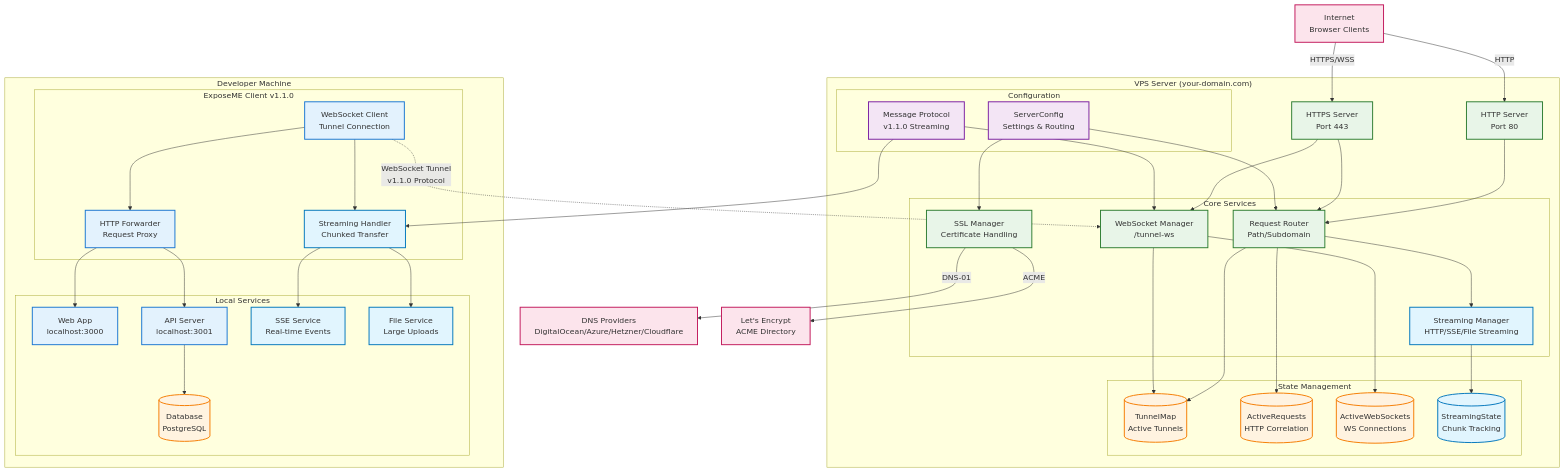
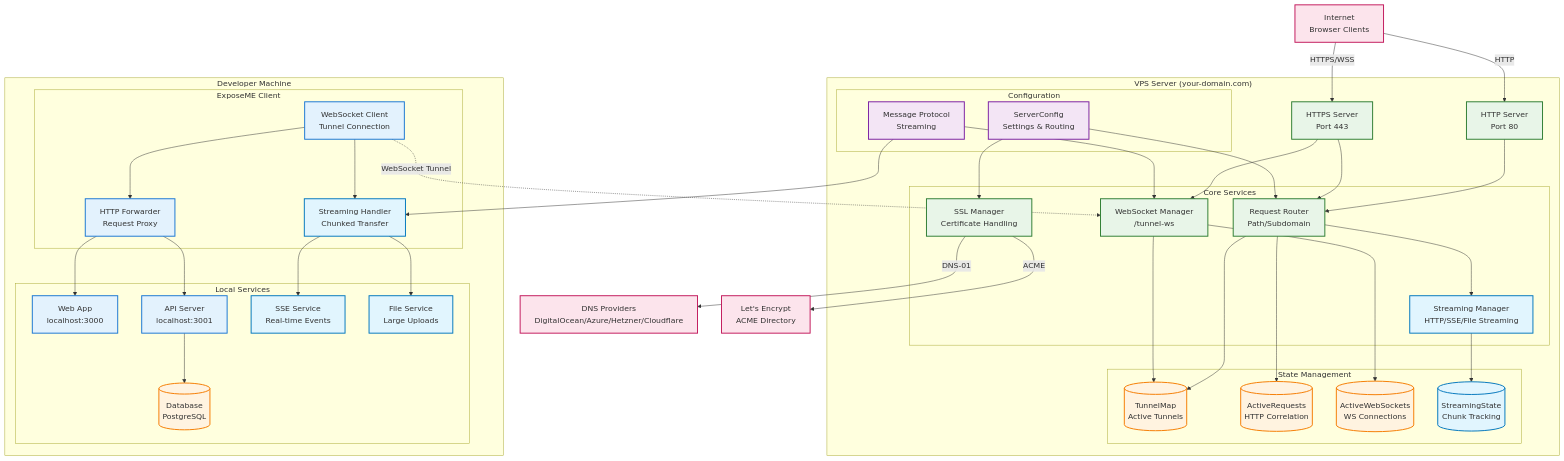
The diagram in docs/exposeme_mermaid_architecture.md (arch7tect/exposeme), drawn with Mermaid before and after one commit. The commit also changed 1 other file, not shown here.

Commit message:
diagram updates

```diff
--- a/docs/exposeme_mermaid_architecture.md
+++ b/docs/exposeme_mermaid_architecture.md
@@ -29,14 +29,14 @@
     %% Configuration Layer
         subgraph ConfigLayer ["Configuration"]
             Config[ServerConfig<br/>Settings & Routing]
-            Protocol[Message Protocol<br/>v1.1.0 Streaming]
+            Protocol[Message Protocol<br/>Streaming]
         end
     end
 
 %% Client Side
     subgraph ClientSide ["Developer Machine"]
     %% Client Services
-        subgraph ClientServices ["ExposeME Client v1.1.0"]
+        subgraph ClientServices ["ExposeME Client"]
             WSClient[WebSocket Client<br/>Tunnel Connection]
             HTTPForward[HTTP Forwarder<br/>Request Proxy]
             StreamHandler[Streaming Handler<br/>Chunked Transfer]
@@ -79,7 +79,7 @@
     Protocol --> StreamHandler
 
 %% Client tunnel connection
-    WSClient -.->|WebSocket Tunnel<br/>v1.1.0 Protocol| WSMgr
+    WSClient -.->|WebSocket Tunnel| WSMgr
 
 %% Client internal connections
     WSClient --> HTTPForward
```
